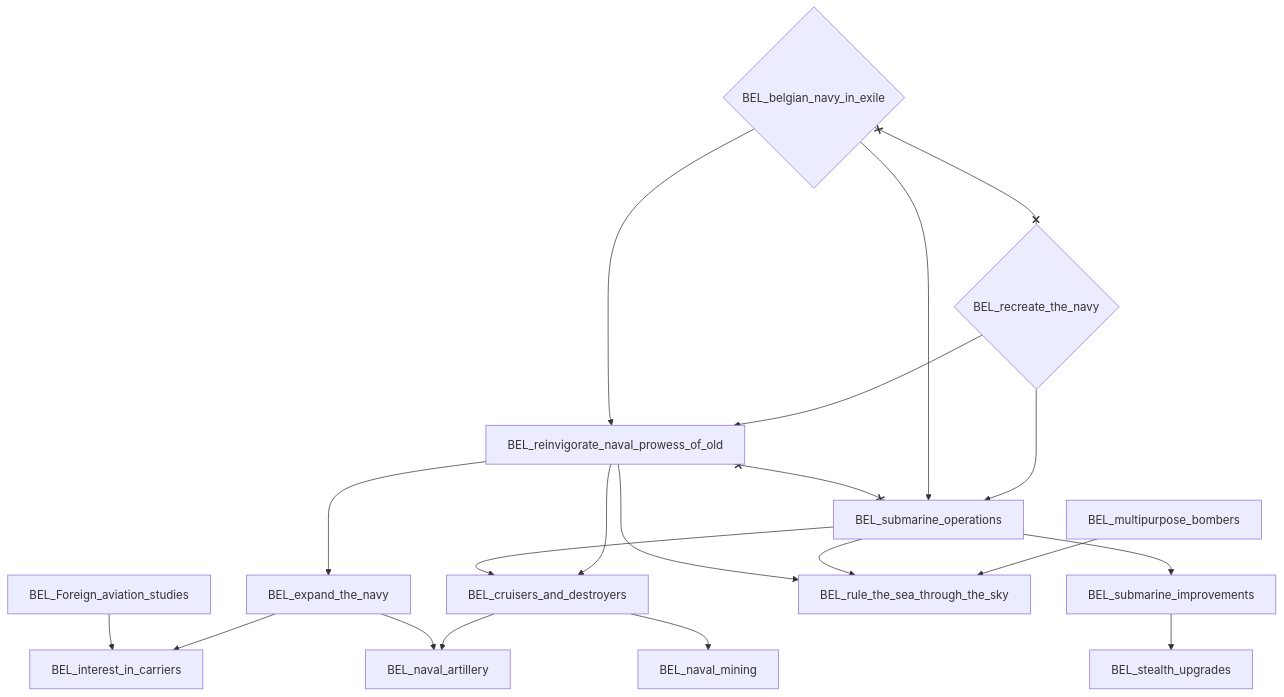
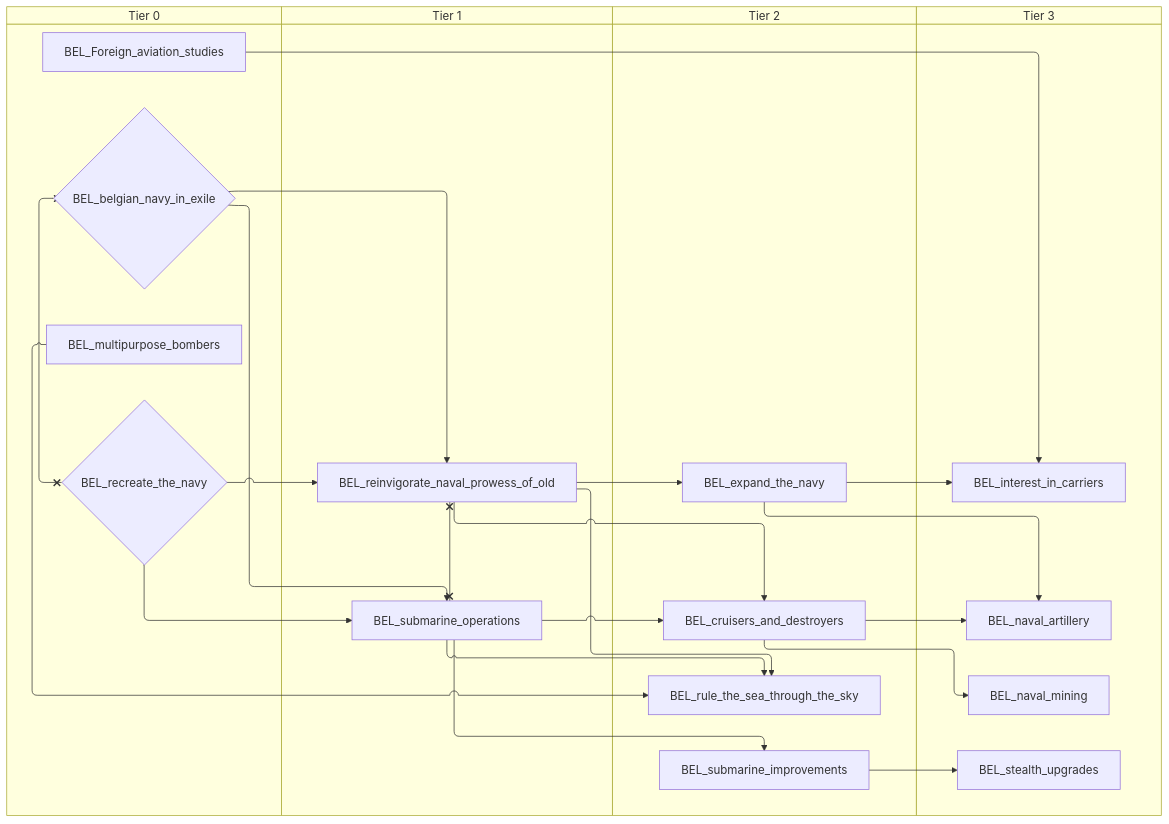
One commit to evgeny-sobol/hoi4-sandbox-mode-r56 changed the fifth of 13 diagrams in docs/gdd/National Focuses/r56/r56_belgium.md. Above: the diagram before and after it, drawn with Mermaid. The commit also changed other lines of this file and 423 other files, not shown here.

First line of the commit message:
Re-export Rt56 focus trees as swimlane diagrams

````diff
--- a/docs/gdd/National Focuses/r56/r56_belgium.md
+++ b/docs/gdd/National Focuses/r56/r56_belgium.md
@@ -232,36 +276,44 @@
 ```mermaid
-flowchart TD
-    n45["BEL_Foreign_aviation_studies"]
-    n57{"BEL_belgian_navy_in_exile"}
-    n58["BEL_cruisers_and_destroyers"]
-    n51["BEL_expand_the_navy"]
-    n53["BEL_interest_in_carriers"]
-    n59["BEL_multipurpose_bombers"]
-    n60["BEL_naval_artillery"]
-    n61["BEL_naval_mining"]
-    n62{"BEL_recreate_the_navy"}
-    n63["BEL_reinvigorate_naval_prowess_of_old"]
-    n64["BEL_rule_the_sea_through_the_sky"]
-    n65["BEL_stealth_upgrades"]
-    n66["BEL_submarine_improvements"]
-    n67["BEL_submarine_operations"]
-    n63 --> n58
-    n67 --> n58
-    n63 --> n51
-    n51 --> n53
-    n45 --> n53
-    n58 --> n60
-    n51 --> n60
-    n58 --> n61
-    n62 --> n63
-    n57 --> n63
-    n59 --> n64
-    n67 --> n64
-    n63 --> n64
-    n66 --> n65
-    n67 --> n66
-    n62 --> n67
-    n57 --> n67
-    n57 x--x n62
-    n63 x--x n67
+swimlane-beta TD
+    subgraph tier_0["Tier 0"]
+        n53["BEL_Foreign_aviation_studies"]
+        n57{"BEL_belgian_navy_in_exile"}
+        n58["BEL_multipurpose_bombers"]
+        n59{"BEL_recreate_the_navy"}
+    end
+    subgraph tier_1["Tier 1"]
+        n60["BEL_reinvigorate_naval_prowess_of_old"]
+        n61["BEL_submarine_operations"]
+    end
+    subgraph tier_2["Tier 2"]
+        n62["BEL_cruisers_and_destroyers"]
+        n46["BEL_expand_the_navy"]
+        n63["BEL_rule_the_sea_through_the_sky"]
+        n64["BEL_submarine_improvements"]
+    end
+    subgraph tier_3["Tier 3"]
+        n55["BEL_interest_in_carriers"]
+        n65["BEL_naval_artillery"]
+        n66["BEL_naval_mining"]
+        n67["BEL_stealth_upgrades"]
+    end
+    n60 --> n62
+    n61 --> n62
+    n60 --> n46
+    n46 --> n55
+    n53 --> n55
+    n62 --> n65
+    n46 --> n65
+    n62 --> n66
+    n59 --> n60
+    n57 --> n60
+    n58 --> n63
+    n61 --> n63
+    n60 --> n63
+    n64 --> n67
+    n61 --> n64
+    n59 --> n61
+    n57 --> n61
+    n57 x--x n59
+    n60 x--x n61
 ```
````
